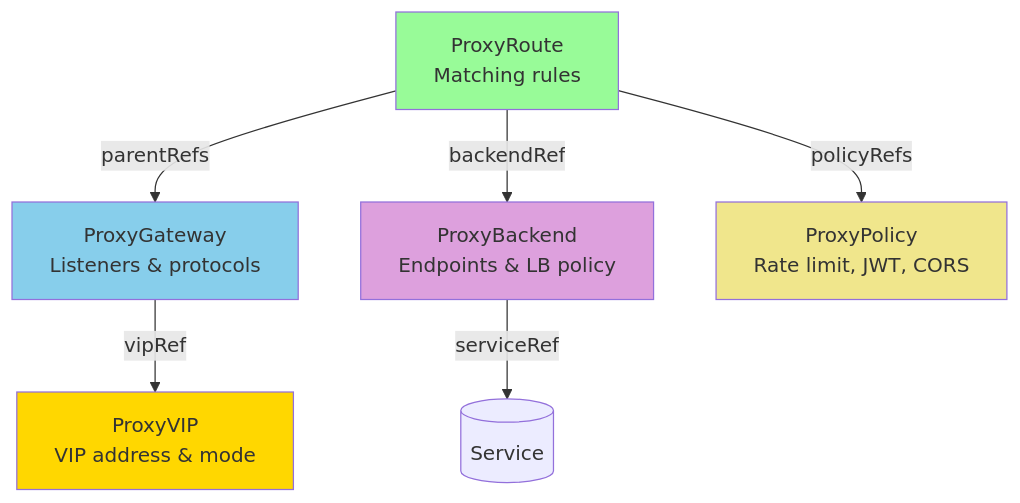
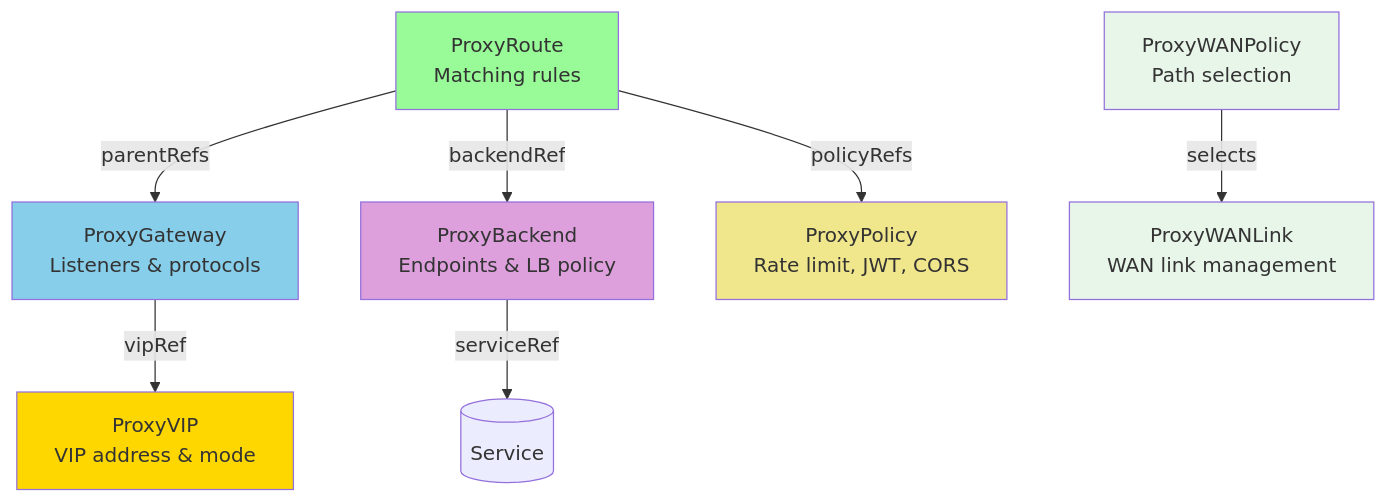
Before and after one commit to azrtydxb/novaedge: the ninth of 9 diagrams in docs/architecture/overview.md, drawn with Mermaid. The commit also changed 80 other files, not shown here.

````diff
--- a/docs/architecture/overview.md
+++ b/docs/architecture/overview.md
@@ -268,20 +268,25 @@
 ```mermaid
 flowchart TB
     VIP["ProxyVIP<br/>VIP address & mode"]
     GW["ProxyGateway<br/>Listeners & protocols"]
     RT["ProxyRoute<br/>Matching rules"]
     BE["ProxyBackend<br/>Endpoints & LB policy"]
     POL["ProxyPolicy<br/>Rate limit, JWT, CORS"]
+    WL["ProxyWANLink<br/>WAN link management"]
+    WP["ProxyWANPolicy<br/>Path selection"]
 
     GW -->|"vipRef"| VIP
     RT -->|"parentRefs"| GW
     RT -->|"backendRef"| BE
     RT -->|"policyRefs"| POL
     BE -->|"serviceRef"| SVC[(Service)]
+    WP -->|"selects"| WL
 
     style VIP fill:#FFD700
     style GW fill:#87CEEB
     style RT fill:#98FB98
     style BE fill:#DDA0DD
     style POL fill:#F0E68C
+    style WL fill:#e8f5e9
+    style WP fill:#e8f5e9
 ```
````
